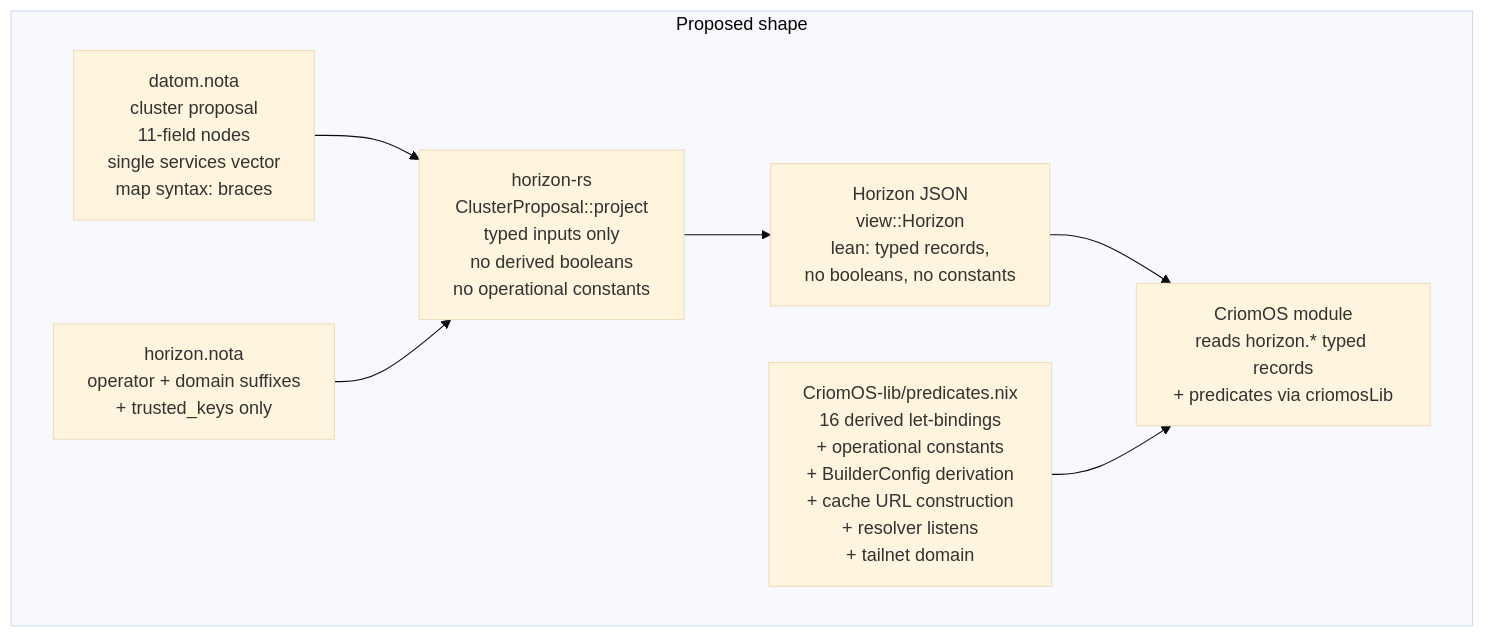
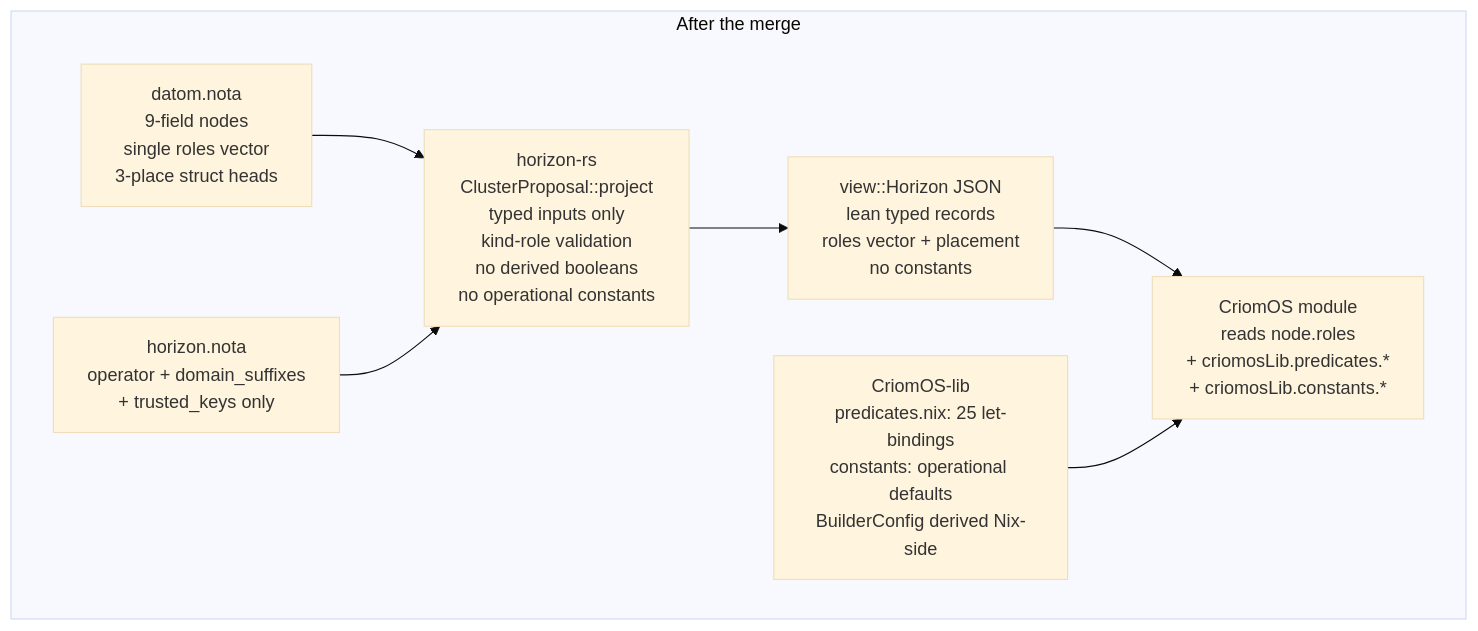
One commit to LiGoldragon/primary changed the second of 2 diagrams in reports/system-assistant/29-lean-horizon-cluster-data-shape.md. Above: the diagram before and after it, drawn with Mermaid (base theme). The commit also changed other lines of this file and 2 other files, not shown here.

Commit message:
system-assistant report: rewrite /29 around role merge (species + services + 4 booleans + router_interfaces collapse into one Vec<Role> field)

````diff
--- a/reports/system-assistant/29-lean-horizon-cluster-data-shape.md
+++ b/reports/system-assistant/29-lean-horizon-cluster-data-shape.md
@@ -645,16 +590,16 @@
 ```mermaid
 flowchart TB
-    subgraph proposed [Proposed shape]
-        p1[datom.nota<br/>cluster proposal<br/>11-field nodes<br/>single services vector<br/>map syntax: braces]
-        p2[horizon.nota<br/>operator + domain suffixes<br/>+ trusted_keys only]
-        p3[horizon-rs<br/>ClusterProposal::project<br/>typed inputs only<br/>no derived booleans<br/>no operational constants]
-        p4[Horizon JSON<br/>view::Horizon<br/>lean: typed records,<br/>no booleans, no constants]
-        p5[CriomOS-lib/predicates.nix<br/>16 derived let-bindings<br/>+ operational constants<br/>+ BuilderConfig derivation<br/>+ cache URL construction<br/>+ resolver listens<br/>+ tailnet domain]
-        p6[CriomOS module<br/>reads horizon.* typed records<br/>+ predicates via criomosLib]
+    subgraph proposed [After the merge]
+        p1[datom.nota<br/>9-field nodes<br/>single roles vector<br/>3-place struct heads]
+        p2[horizon.nota<br/>operator + domain_suffixes<br/>+ trusted_keys only]
+        p3[horizon-rs<br/>ClusterProposal::project<br/>typed inputs only<br/>kind-role validation<br/>no derived booleans<br/>no operational constants]
+        p4[view::Horizon JSON<br/>lean typed records<br/>roles vector + placement<br/>no constants]
+        p5[CriomOS-lib<br/>predicates.nix: 25 let-bindings<br/>constants: operational defaults<br/>BuilderConfig derived Nix-side]
+        p6[CriomOS module<br/>reads node.roles<br/>+ criomosLib.predicates.*<br/>+ criomosLib.constants.*]
         p1 --> p3
         p2 --> p3
         p3 --> p4
         p4 --> p6
         p5 --> p6
     end
 ```
````
